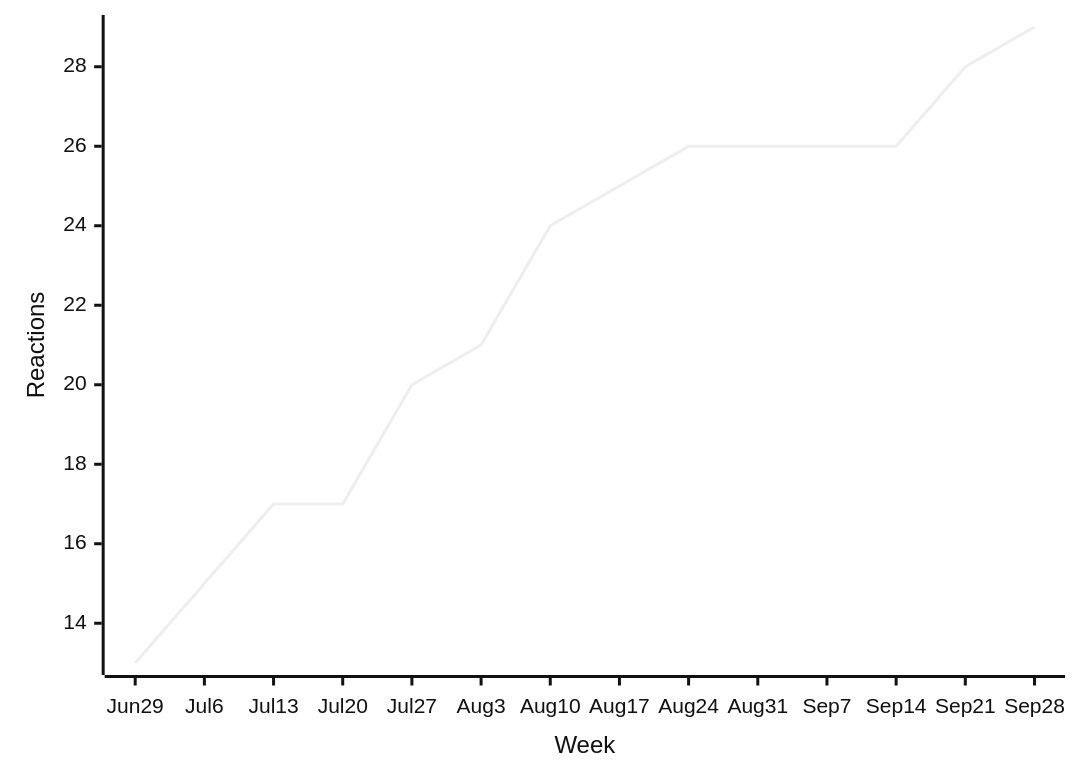
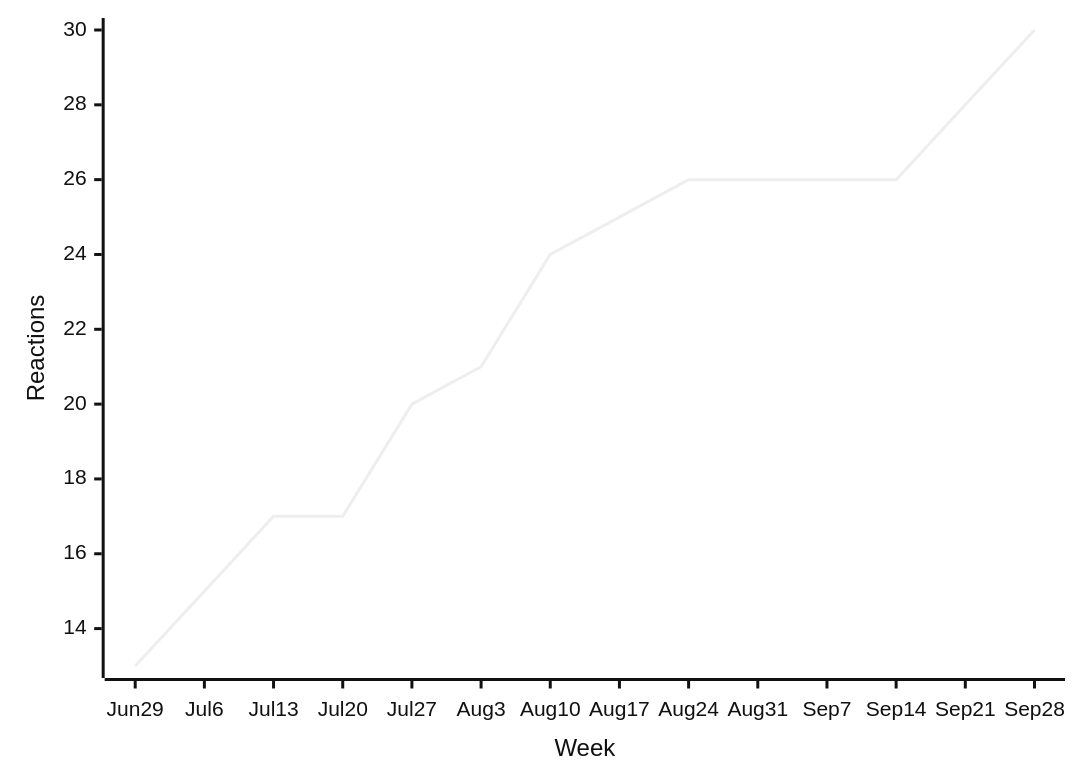
Before and after one commit to loic-sharma/github-insights: the tenth of 39 diagrams in README.md, drawn with Mermaid (neutral theme). The commit also changed other lines of this file and 3 other files, not shown here.

````diff
--- a/README.md
+++ b/README.md
@@ -477,6 +477,6 @@
   ```mermaid
   xychart-beta
     x-axis "Week" [Jun 29, Jul 6, Jul 13, Jul 20, Jul 27, Aug 3, Aug 10, Aug 17, Aug 24, Aug 31, Sep 7, Sep 14, Sep 21, Sep 28]
     y-axis "Reactions"
-    line [13, 15, 17, 17, 20, 21, 24, 25, 26, 26, 26, 26, 28, 29]
+    line [13, 15, 17, 17, 20, 21, 24, 25, 26, 26, 26, 26, 28, 30]
   ```
````
